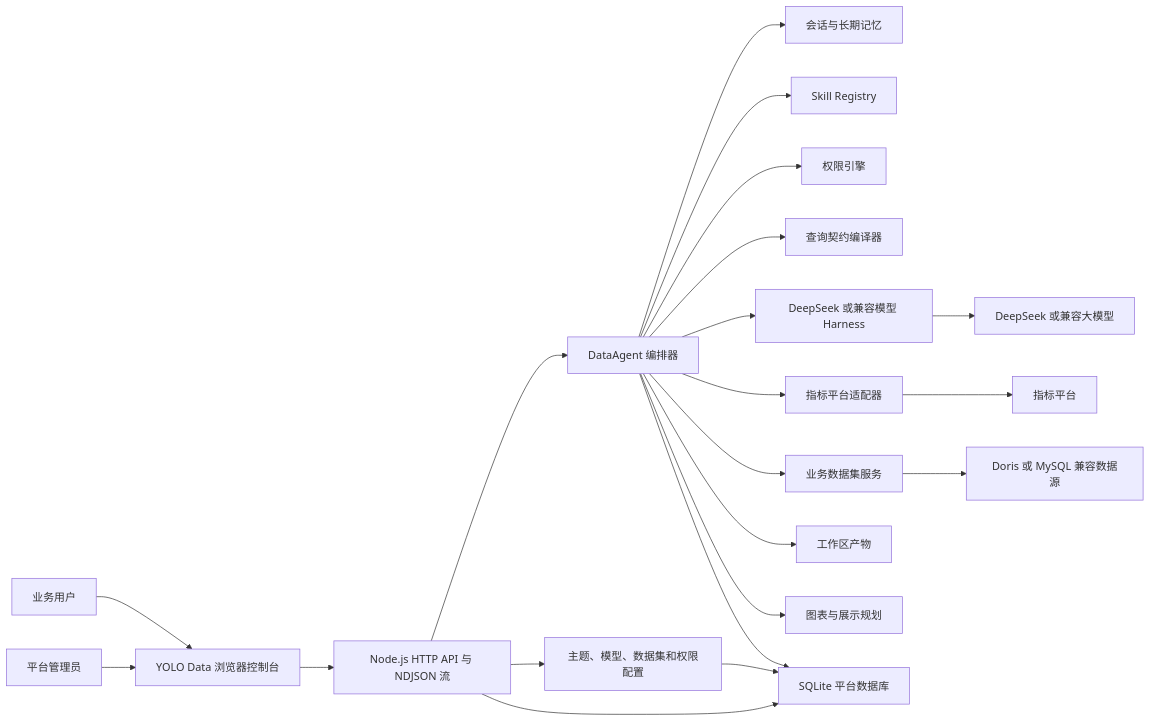
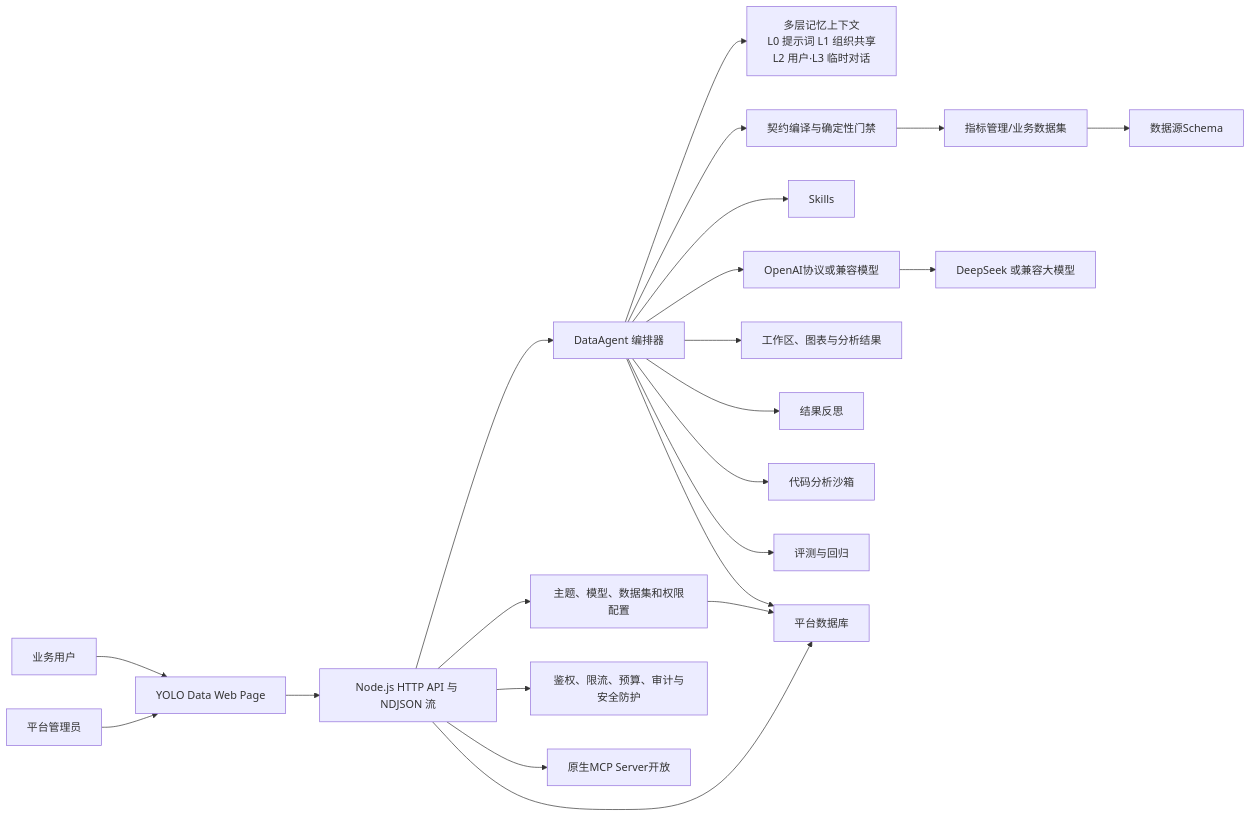
Before and after one commit to BigDataDZ/yolo-data: the diagram in README.md, drawn with Mermaid. The commit also changed other lines of this file and 1 other file, not shown here.

Commit message:
优化README

````diff
--- a/README.md
+++ b/README.md
@@ -86,26 +94,28 @@
 ```mermaid
 flowchart LR
-  USER["业务用户"] --> UI["YOLO Data 浏览器控制台"]
+  USER["业务用户"] --> UI["YOLO Data Web Page"]
   ADMIN["平台管理员"] --> UI
 
   UI --> API["Node.js HTTP API 与 NDJSON 流"]
   API --> AGENT["DataAgent 编排器"]
   API --> CONFIG["主题、模型、数据集和权限配置"]
 
-  AGENT --> MEMORY["会话与长期记忆"]
-  AGENT --> SKILL["Skill Registry"]
-  AGENT --> POLICY["权限引擎"]
-  AGENT --> CONTRACT["查询契约编译器"]
-  AGENT --> HARNESS["DeepSeek 或兼容模型 Harness"]
-  AGENT --> INDICATOR["指标平台适配器"]
-  AGENT --> DATASET["业务数据集服务"]
-  AGENT --> WORKSPACE["工作区产物"]
-  AGENT --> VISUAL["图表与展示规划"]
+  MEMORY["多层记忆上下文\nL0 提示词  L1 组织共享 \n L2 用户·L3 临时对话"]
+  AGENT --> MEMORY
+  AGENT --> CONTRACT["契约编译与确定性门禁"]
+  AGENT --> SKILL["Skills"]
+  AGENT --> HARNESS["OpenAI协议或兼容模型"]
+  CONTRACT --> SOURCES["指标管理/业务数据集"]
+  AGENT --> OUTPUT["工作区、图表与分析结果"]
+  AGENT --> REFLECT["结果反思"]
+  API --> GOVERNANCE["鉴权、限流、预算、审计与安全防护"]
+  API --> MCP["原生MCP Server开放"]
+  AGENT --> SANDBOX["代码分析沙箱"]
+  AGENT --> EVAL["评测与回归"]
 
   HARNESS --> LLM["DeepSeek 或兼容大模型"]
-  INDICATOR --> PLATFORM["指标平台"]
-  DATASET --> DORIS["Doris 或 MySQL 兼容数据源"]
-  API --> DB["SQLite 平台数据库"]
+  SOURCES --> PLATFORM["数据源Schema"]
+  API --> DB["平台数据库"]
   AGENT --> DB
   CONFIG --> DB
 ```
````
